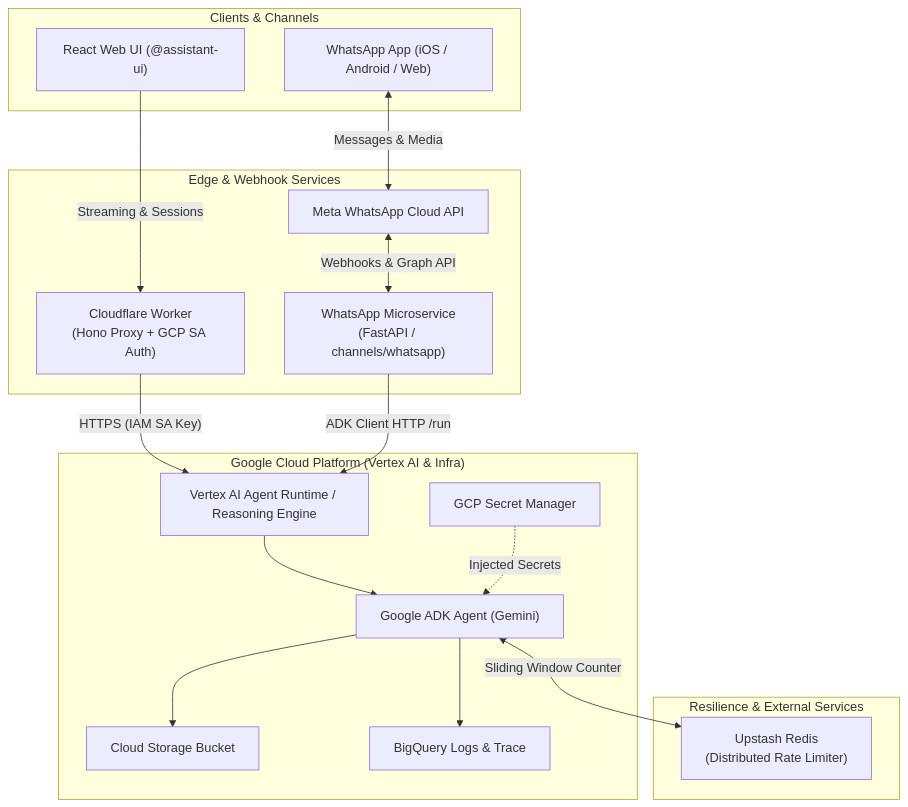
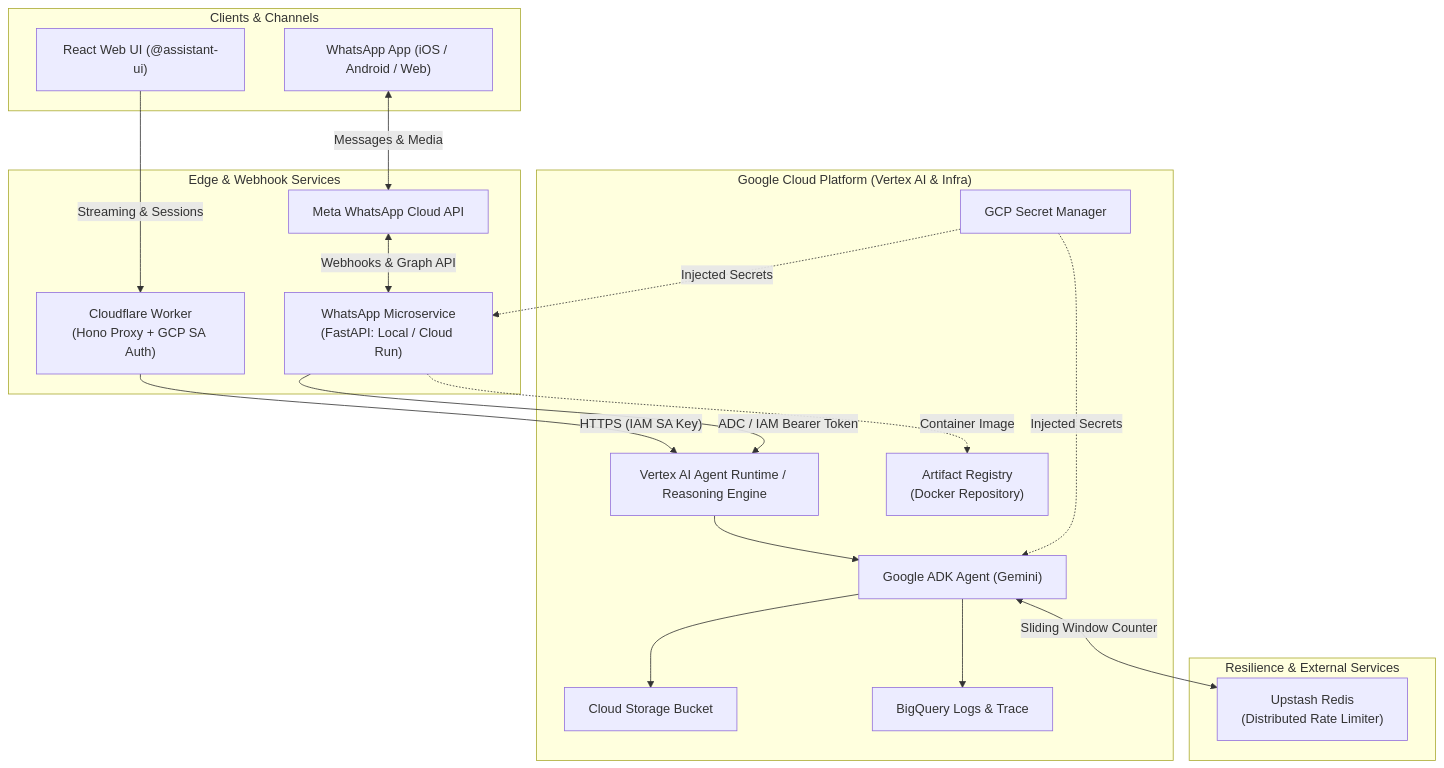
Before and after one commit to janf-agentic-architect/fullstack-adk-chat-assistant-template: the diagram in README.md, drawn with Mermaid. The commit also changed other lines of this file, not shown here.

````diff
--- a/README.md
+++ b/README.md
@@ -25,37 +25,40 @@
 ```mermaid
 flowchart TD
     subgraph Clients ["Clients & Channels"]
         WebUI["React Web UI (@assistant-ui)"]
         WhatsAppClient["WhatsApp App (iOS / Android / Web)"]
     end
 
     subgraph EdgeAndChannels ["Edge & Webhook Services"]
         HonoWorker["Cloudflare Worker\n(Hono Proxy + GCP SA Auth)"]
         MetaAPI["Meta WhatsApp Cloud API"]
-        WhatsAppService["WhatsApp Microservice\n(FastAPI / channels/whatsapp)"]
+        WhatsAppService["WhatsApp Microservice\n(FastAPI: Local / Cloud Run)"]
 
         WebUI -->|Streaming & Sessions| HonoWorker
         WhatsAppClient <-->|Messages & Media| MetaAPI
         MetaAPI <-->|Webhooks & Graph API| WhatsAppService
     end
 
     subgraph GCP ["Google Cloud Platform (Vertex AI & Infra)"]
         AgentRuntime["Vertex AI Agent Runtime / Reasoning Engine"]
         ADKAgent["Google ADK Agent (Gemini)"]
         SecretManager["GCP Secret Manager"]
         GCS["Cloud Storage Bucket"]
         BigQuery["BigQuery Logs & Trace"]
+        ArtifactRegistry["Artifact Registry\n(Docker Repository)"]
 
         HonoWorker -->|"HTTPS (IAM SA Key)"| AgentRuntime
-        WhatsAppService -->|"ADK Client HTTP /run"| AgentRuntime
+        WhatsAppService -->|"ADC / IAM Bearer Token"| AgentRuntime
         AgentRuntime --> ADKAgent
         SecretManager -.->|"Injected Secrets"| ADKAgent
+        SecretManager -.->|"Injected Secrets"| WhatsAppService
         ADKAgent --> GCS
         ADKAgent --> BigQuery
+        WhatsAppService -.->|"Container Image"| ArtifactRegistry
     end
 
     subgraph Security ["Resilience & External Services"]
         Upstash["Upstash Redis\n(Distributed Rate Limiter)"]
         ADKAgent <-->|"Sliding Window Counter"| Upstash
     end
 ```
````
